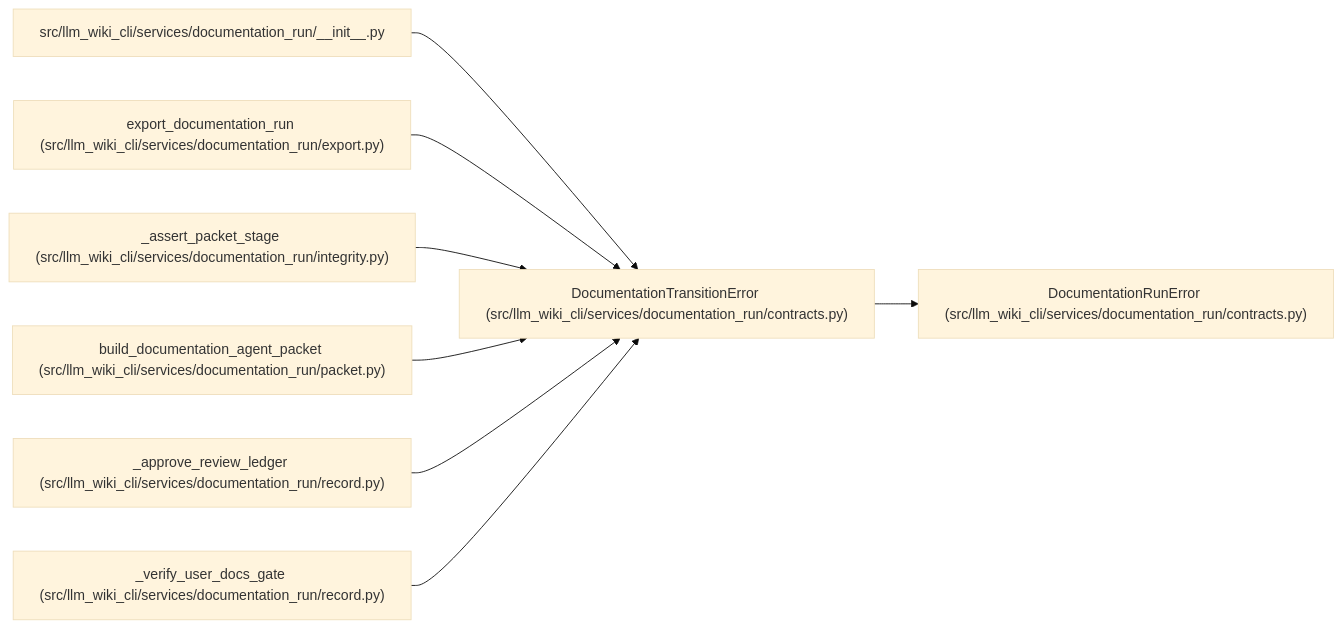
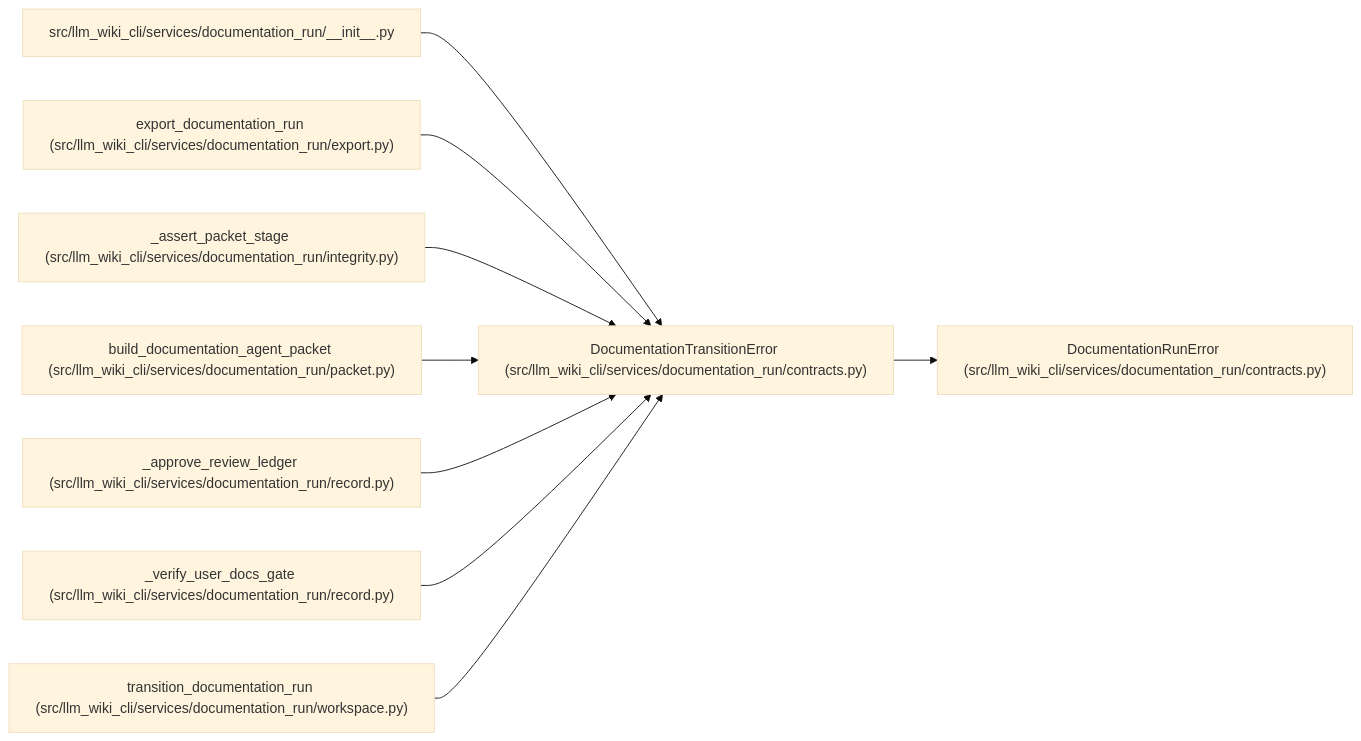
Before and after one commit to Denissvgn/python-wiki-llm: the diagram in docs/llm_wiki/entities/DocumentationTransitionError.md, drawn with Mermaid (base theme). The commit also changed other lines of this file and 493 other files, not shown here.

````diff
--- a/docs/llm_wiki/entities/DocumentationTransitionError.md
+++ b/docs/llm_wiki/entities/DocumentationTransitionError.md
@@ -23,26 +23,29 @@
 ```mermaid
 flowchart LR
     n0["DocumentationTransitionError (src/llm_wiki_cli/services/documentation_run/contracts.py)"]
     n1["DocumentationRunError (src/llm_wiki_cli/services/documentation_run/contracts.py)"]
     n2["src/llm_wiki_cli/services/documentation_run/__init__.py"]
     n3["export_documentation_run (src/llm_wiki_cli/services/documentation_run/export.py)"]
     n4["_assert_packet_stage (src/llm_wiki_cli/services/documentation_run/integrity.py)"]
     n5["build_documentation_agent_packet (src/llm_wiki_cli/services/documentation_run/packet.py)"]
     n6["_approve_review_ledger (src/llm_wiki_cli/services/documentation_run/record.py)"]
     n7["_verify_user_docs_gate (src/llm_wiki_cli/services/documentation_run/record.py)"]
+    n8["transition_documentation_run (src/llm_wiki_cli/services/documentation_run/workspace.py)"]
     n0 --> n1
     n2 --> n0
     n3 --> n0
     n4 --> n0
     n5 --> n0
     n6 --> n0
     n7 --> n0
+    n8 --> n0
     click n0 "../modules/documentation_run_contracts.md"
     click n1 "../modules/documentation_run_contracts.md"
     click n2 "../modules/documentation_run___init__.md"
     click n3 "../modules/export.md"
     click n4 "../modules/integrity.md"
     click n5 "../modules/packet.md"
     click n6 "../modules/record.md"
     click n7 "../modules/record.md"
+    click n8 "../modules/workspace.md"
 ```
````
